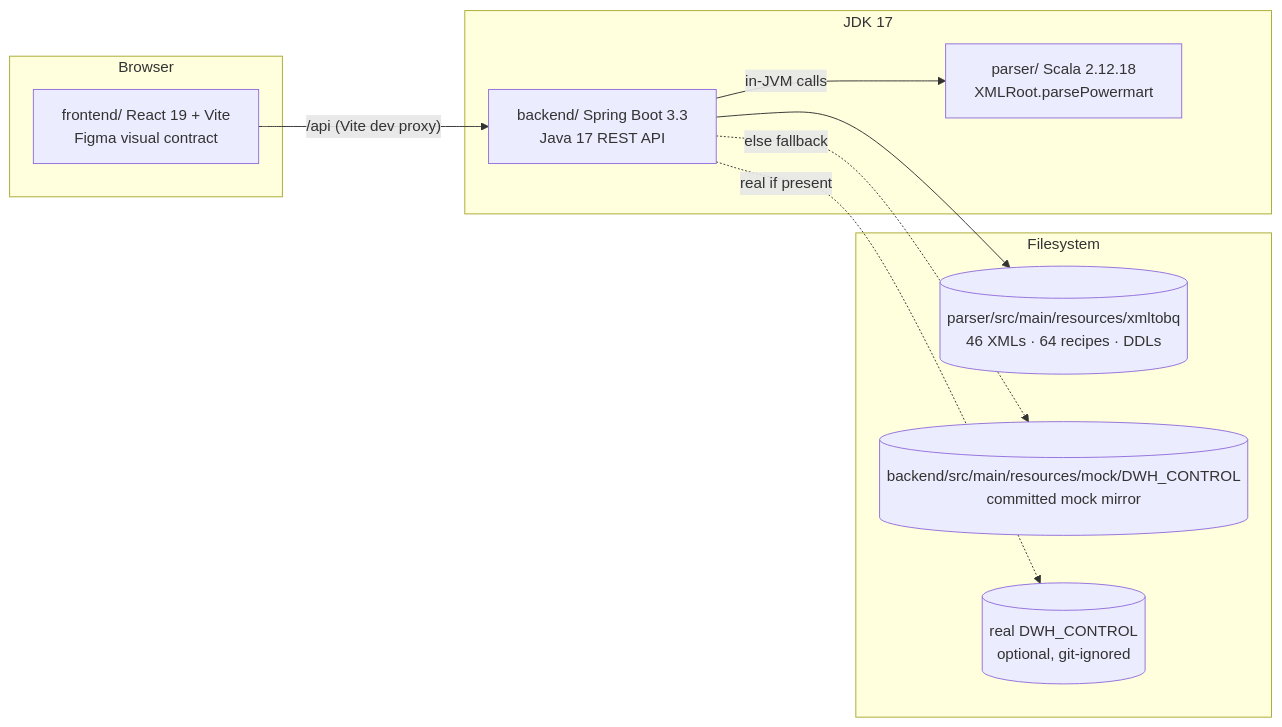
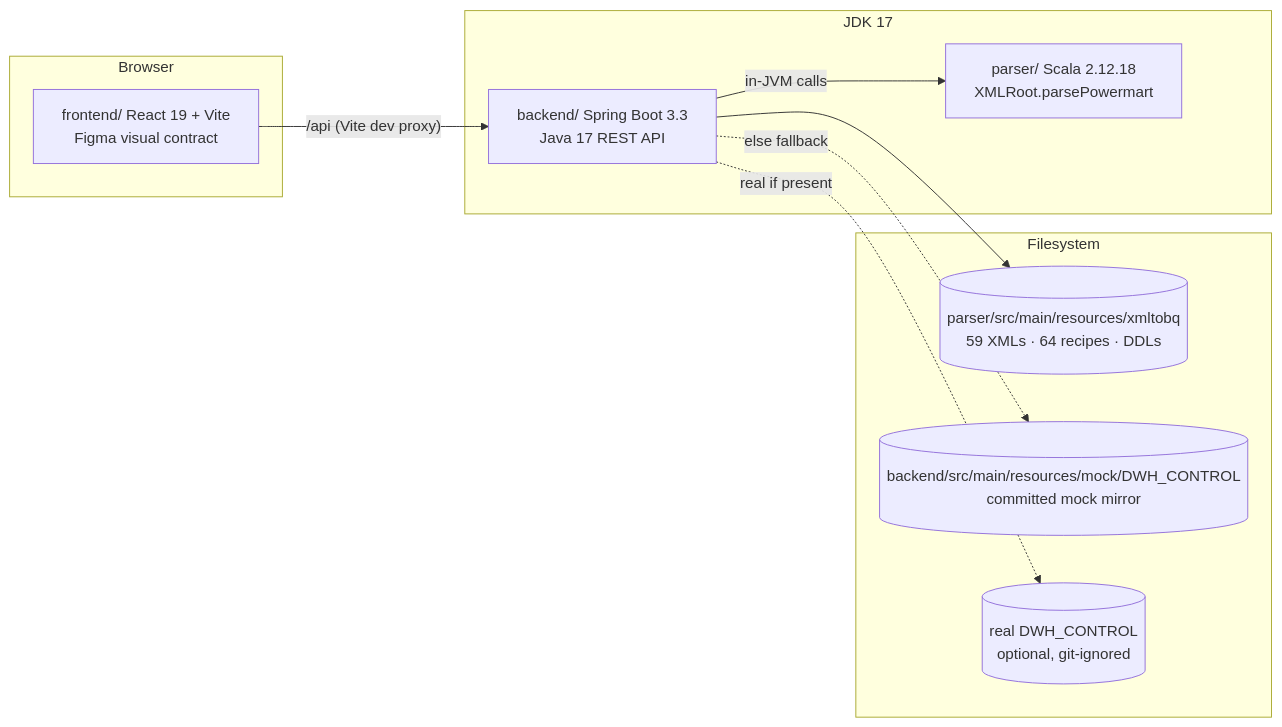
Before and after one commit to albertols/pure-scala-ipc-360: the first of 2 diagrams in docs/architecture.md, drawn with Mermaid. The commit also changed 11 other files, not shown here.

````diff
--- a/docs/architecture.md
+++ b/docs/architecture.md
@@ -5,20 +5,20 @@
 ```mermaid
 flowchart LR
     subgraph Browser
         FE[frontend/ React 19 + Vite\nFigma visual contract]
     end
     subgraph JVM[JDK 17]
         BE[backend/ Spring Boot 3.3\nJava 17 REST API]
         P[parser/ Scala 2.12.18\nXMLRoot.parsePowermart]
         BE -- in-JVM calls --> P
     end
     subgraph FS[Filesystem]
-        C[(parser/src/main/resources/xmltobq\n46 XMLs · 64 recipes · DDLs)]
+        C[(parser/src/main/resources/xmltobq\n59 XMLs · 64 recipes · DDLs)]
         M[(backend/src/main/resources/mock/DWH_CONTROL\ncommitted mock mirror)]
         R[(real DWH_CONTROL\noptional, git-ignored)]
     end
     FE -- "/api (Vite dev proxy)" --> BE
     BE --> C
     BE -. real if present .-> R
     BE -. else fallback .-> M
 ```
````
